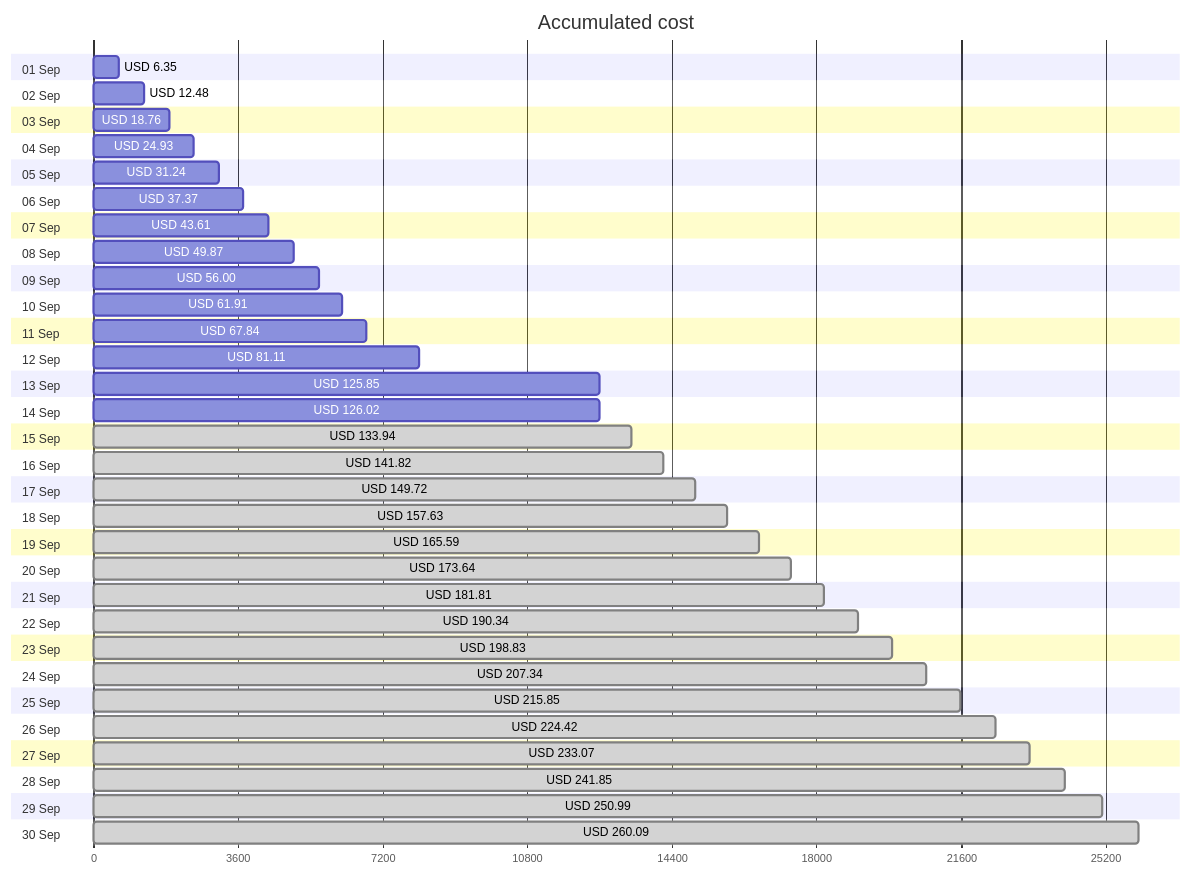
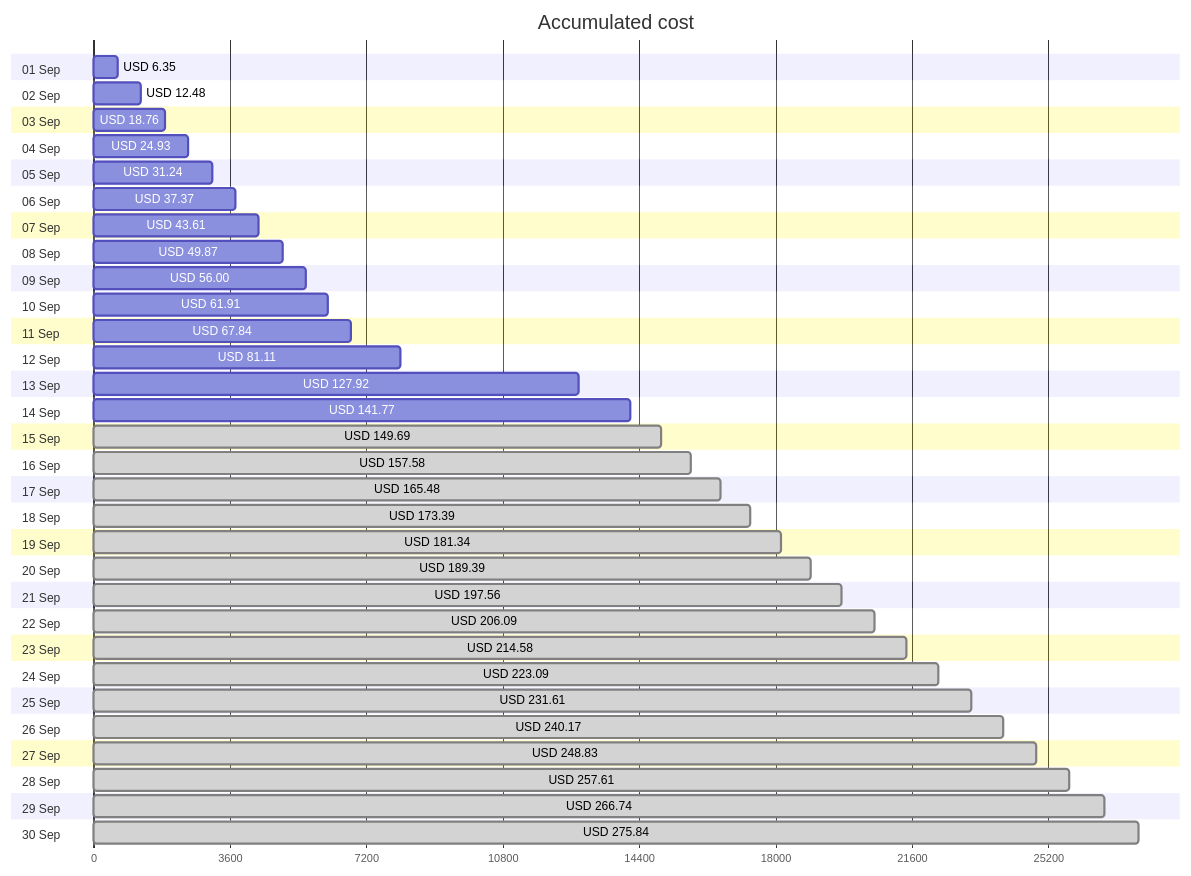
The first of 4 diagrams in cost-reports/accumulated-cost.md (jpfulton/azure-personal-reports), drawn with Mermaid before and after one commit. The commit also changed other lines of this file and 33 other files, not shown here.

````diff
--- a/cost-reports/accumulated-cost.md
+++ b/cost-reports/accumulated-cost.md
@@ -20,66 +20,66 @@
 ```mermaid
 gantt
    title Accumulated cost
    dateFormat  X
    axisFormat %s
    section 01 Sep
    USD 6.35 :0, 635
    section 02 Sep
    USD 12.48 :0, 1248
    section 03 Sep
    USD 18.76 :0, 1876
    section 04 Sep
    USD 24.93 :0, 2493
    section 05 Sep
    USD 31.24 :0, 3124
    section 06 Sep
    USD 37.37 :0, 3737
    section 07 Sep
    USD 43.61 :0, 4361
    section 08 Sep
    USD 49.87 :0, 4987
    section 09 Sep
    USD 56.00 :0, 5600
    section 10 Sep
    USD 61.91 :0, 6191
    section 11 Sep
    USD 67.84 :0, 6784
    section 12 Sep
    USD 81.11 :0, 8111
    section 13 Sep
-   USD 125.85 :0, 12585
+   USD 127.92 :0, 12792
    section 14 Sep
-   USD 126.02 :0, 12602
+   USD 141.77 :0, 14177
    section 15 Sep
-   USD 133.94 : done, 0, 13394
+   USD 149.69 : done, 0, 14969
    section 16 Sep
-   USD 141.82 : done, 0, 14182
+   USD 157.58 : done, 0, 15758
    section 17 Sep
-   USD 149.72 : done, 0, 14972
+   USD 165.48 : done, 0, 16548
    section 18 Sep
-   USD 157.63 : done, 0, 15763
+   USD 173.39 : done, 0, 17339
    section 19 Sep
-   USD 165.59 : done, 0, 16559
+   USD 181.34 : done, 0, 18134
    section 20 Sep
-   USD 173.64 : done, 0, 17364
+   USD 189.39 : done, 0, 18939
    section 21 Sep
-   USD 181.81 : done, 0, 18181
+   USD 197.56 : done, 0, 19756
    section 22 Sep
-   USD 190.34 : done, 0, 19034
+   USD 206.09 : done, 0, 20609
    section 23 Sep
-   USD 198.83 : done, 0, 19883
+   USD 214.58 : done, 0, 21458
    section 24 Sep
-   USD 207.34 : done, 0, 20734
+   USD 223.09 : done, 0, 22309
    section 25 Sep
-   USD 215.85 : done, 0, 21585
+   USD 231.61 : done, 0, 23161
    section 26 Sep
-   USD 224.42 : done, 0, 22442
+   USD 240.17 : done, 0, 24017
    section 27 Sep
-   USD 233.07 : done, 0, 23307
+   USD 248.83 : done, 0, 24883
    section 28 Sep
-   USD 241.85 : done, 0, 24185
+   USD 257.61 : done, 0, 25761
    section 29 Sep
-   USD 250.99 : done, 0, 25099
+   USD 266.74 : done, 0, 26674
    section 30 Sep
-   USD 260.09 : done, 0, 26009
+   USD 275.84 : done, 0, 27584
 ```
````
